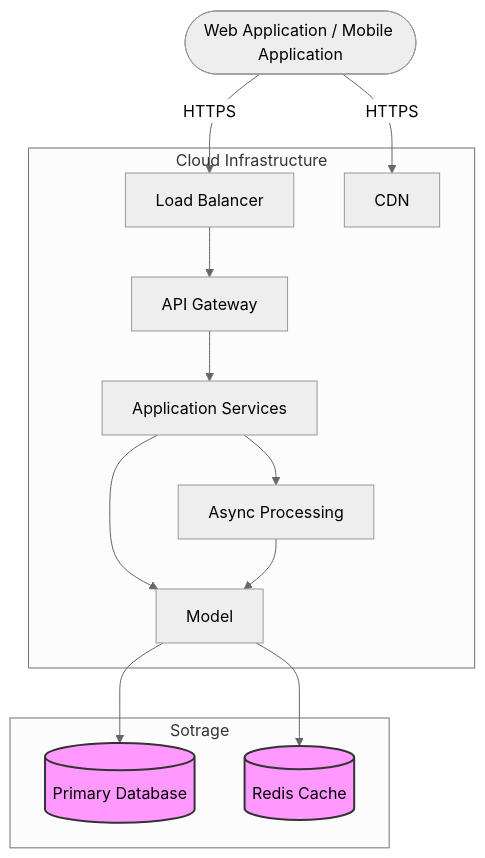
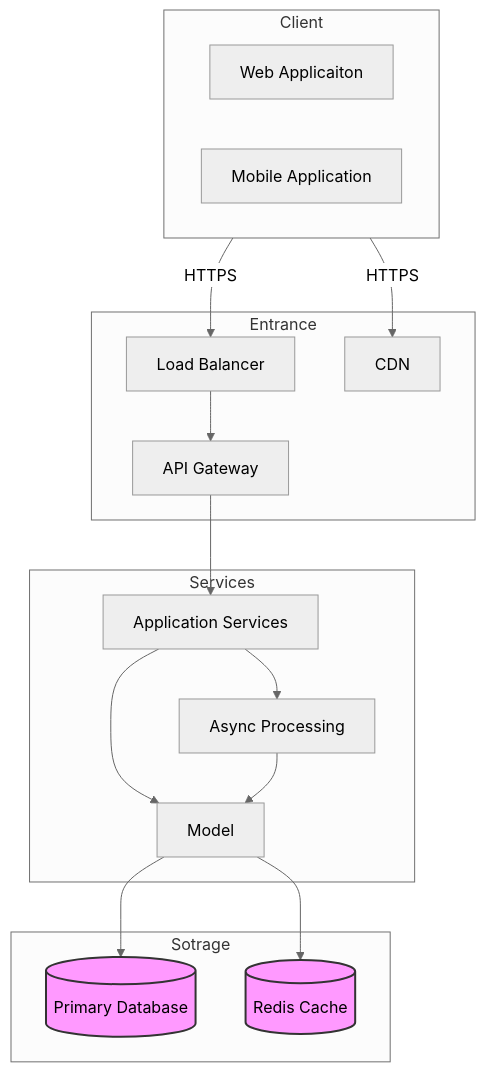
One commit to Enfrai/800.2_English_Club changed the diagram in docs/system_design/architeture.md. Above: the diagram before and after it, drawn with Mermaid (neutral theme).

Commit message:
update architecture diagram

````diff
--- a/docs/system_design/architeture.md
+++ b/docs/system_design/architeture.md
@@ -5,29 +5,39 @@
 ```mermaid
 graph TD
     %% Styling and layout
-    Client([Web Application / Mobile Application]) -->|HTTPS| LoadBalancer[Load Balancer]
+
+    subgraph Client
+        %% direction LR
+
+        Web[Web Applicaiton]
+        Mobile[Mobile Application]
+    end
+
+    Client -->|HTTPS| LoadBalancer[Load Balancer]
 
     Client --> |HTTPS| CDN
+
+    subgraph Entrance
+        LoadBalancer --> APIGateway[API Gateway]
+        CDN[CDN]
+    end
     
-    subgraph Cloud Infrastructure
-        CDN[CDN]
-
-        LoadBalancer --> APIGateway[API Gateway]
+    subgraph Services
+        
         APIGateway --> ApplicationService[Application Services]
-        
         ApplicationService --> Model[Model]
 
 
         ApplicationService --> AsyncProcessing[Async Processing]
 
         AsyncProcessing --> Model
     end
 
     subgraph Sotrage
         Model --> DB[(Primary Database)]
         Model --> Cache[(Redis Cache)]
     end
 
     classDef database fill:#f9f,stroke:#333,stroke-width:2px;
     class DB,Cache database;
 ```
````
